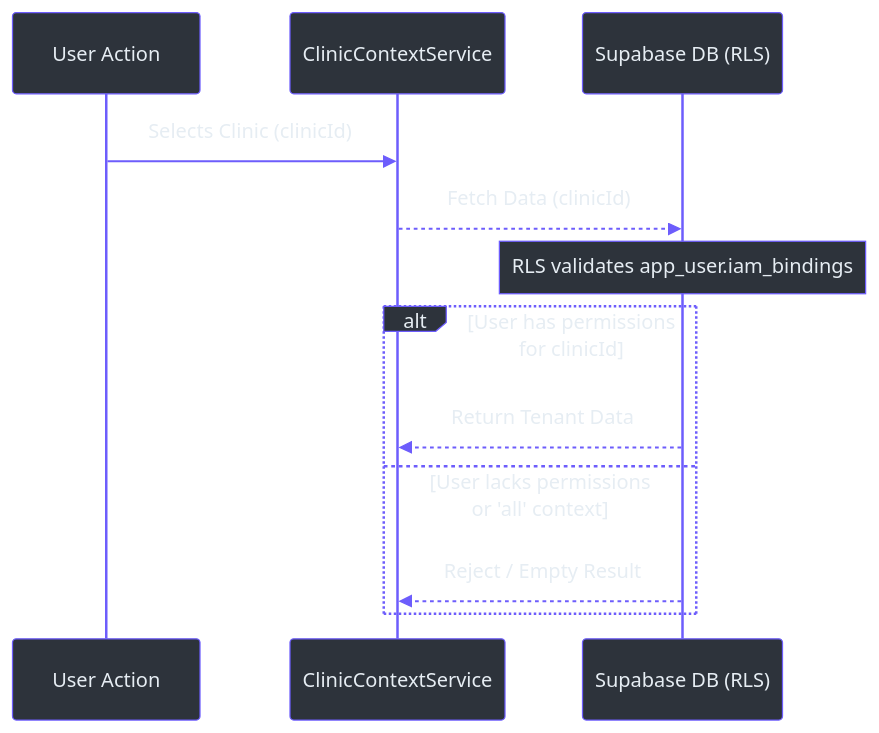
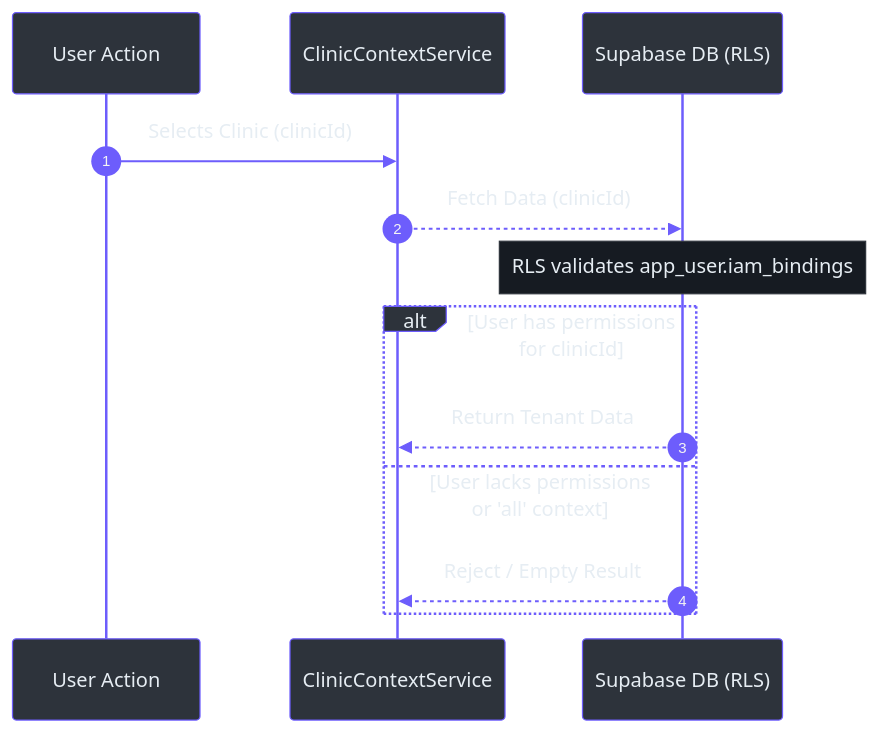
Before and after one commit to bbanho/intraclinica-supabase: the third of 3 diagrams in wiki-site/docs/onboarding/principal-guide.md, drawn with Mermaid. The commit also changed other lines of this file and 13 other files, not shown here.

First line of the commit message:
docs(wiki): sync all docs to post-IAM architecture state

````diff
--- a/wiki-site/docs/onboarding/principal-guide.md
+++ b/wiki-site/docs/onboarding/principal-guide.md
@@ -73,16 +111,17 @@
 ```mermaid
-%%{init: {'theme': 'base', 'themeVariables': {'actorBkg': '#2d333b', 'actorBorder': '#6d5dfc', 'actorTextColor': '#e6edf3', 'noteBkgColor': '#2d333b', 'noteBorderColor': '#6d5dfc', 'noteTextColor': '#e6edf3', 'messageLineColor': '#6d5dfc', 'signalColor': '#6d5dfc', 'signalTextColor': '#e6edf3'}}}%%
+%%{init: {'theme': 'base', 'themeVariables': {'actorBkg': '#2d333b', 'actorBorder': '#6d5dfc', 'actorTextColor': '#e6edf3', 'noteBkgColor': '#161b22', 'noteBorderColor': '#30363d', 'noteTextColor': '#e6edf3', 'messageLineColor': '#6d5dfc', 'signalColor': '#6d5dfc', 'signalTextColor': '#e6edf3'}}}%%
 sequenceDiagram
+    autonumber
     participant User as User Action
     participant Service as ClinicContextService
     participant Supabase as Supabase DB (RLS)
     
     User->>Service: Selects Clinic (clinicId)
     Service-->>Supabase: Fetch Data (clinicId)
     Note over Supabase: RLS validates app_user.iam_bindings
     alt User has permissions for clinicId
         Supabase-->>Service: Return Tenant Data
     else User lacks permissions or 'all' context
         Supabase-->>Service: Reject / Empty Result
     end
 ```
````
